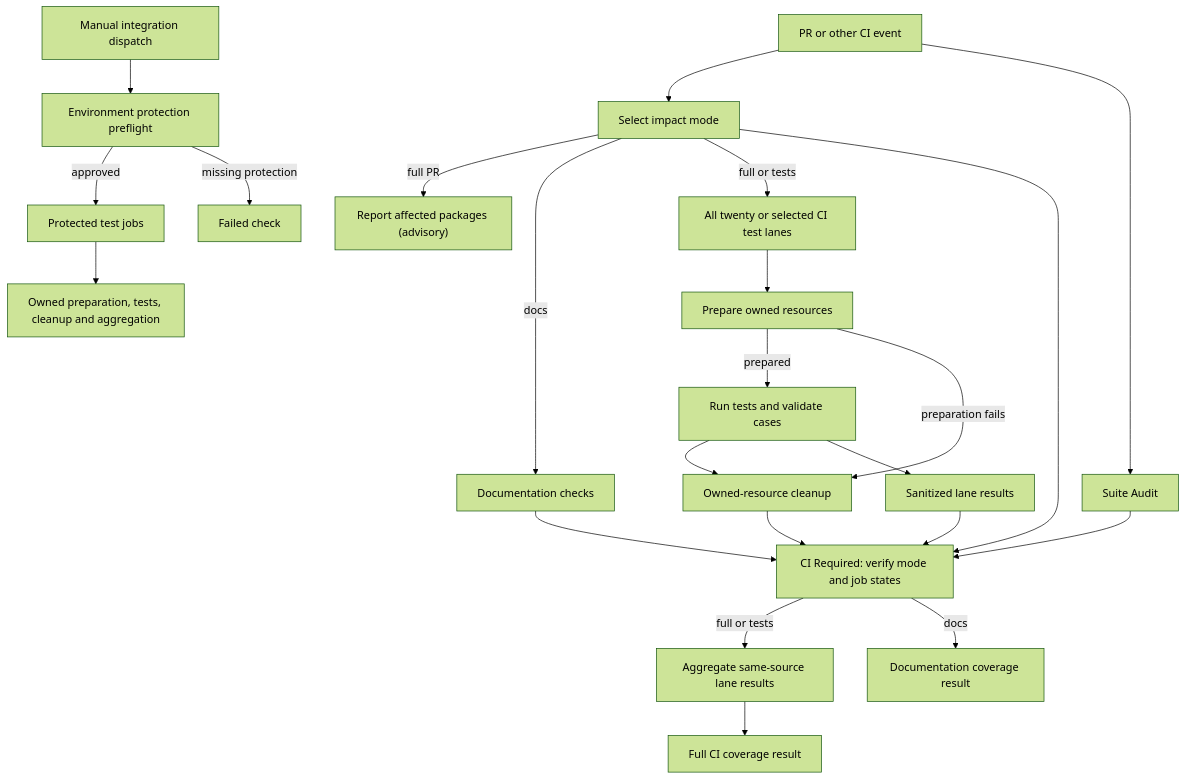
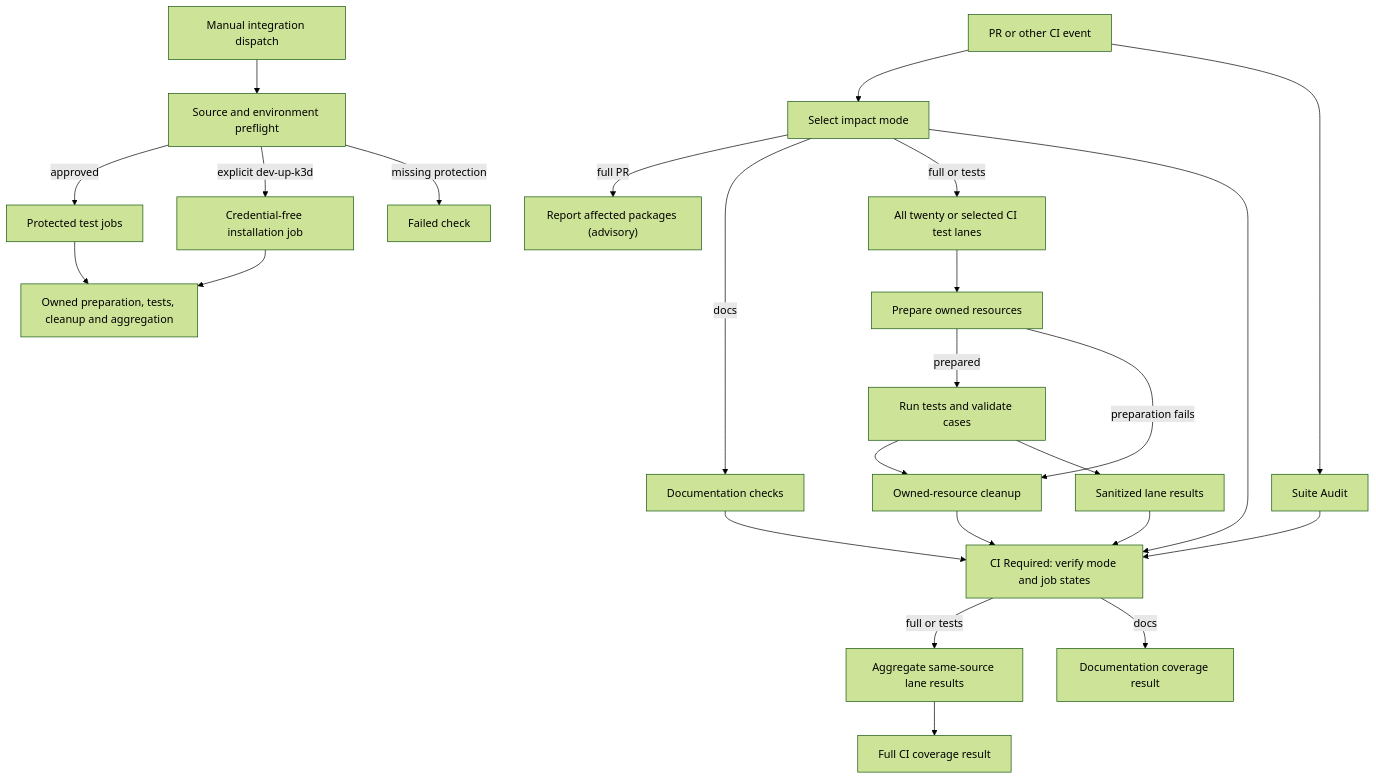
Before and after one commit to hybrowlabs/openclaw-enterprise: the diagram in docs/flows/github-actions-testing.md, drawn with Mermaid (forest theme). The commit also changed other lines of this file and 14 other files, not shown here.

````diff
--- a/docs/flows/github-actions-testing.md
+++ b/docs/flows/github-actions-testing.md
@@ -21,25 +21,27 @@
 ```mermaid
 graph TD
   A["PR or other CI event"] --> S["Select impact mode"]
   A --> N["Suite Audit"]
   S -->|full PR| Q["Report affected packages (advisory)"]
   S -->|docs| D["Documentation checks"]
   S -->|full or tests| B["All twenty or selected CI test lanes"]
   B --> F["Prepare owned resources"]
   F -->|prepared| H["Run tests and validate cases"]
   F -->|preparation fails| J["Owned-resource cleanup"]
   H --> J
   H --> K["Sanitized lane results"]
   J --> G["CI Required: verify mode and job states"]
   S --> G
   N --> G
   D --> G
   K --> G
   G -->|full or tests| L["Aggregate same-source lane results"]
   G -->|docs| M["Documentation coverage result"]
   L --> R["Full CI coverage result"]
-  C["Manual integration dispatch"] --> P["Environment protection preflight"]
+  C["Manual integration dispatch"] --> P["Source and environment preflight"]
   P -->|approved| E["Protected test jobs"]
+  P -->|explicit dev-up-k3d| U["Credential-free installation job"]
+  U --> T
   P -->|missing protection| X["Failed check"]
   E --> T["Owned preparation, tests, cleanup and aggregation"]
 ```
````
